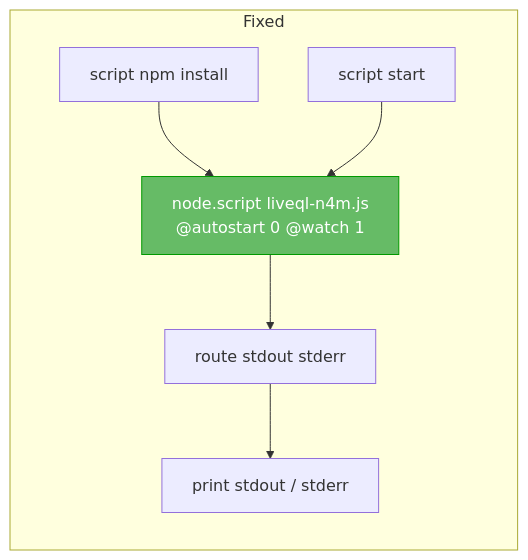
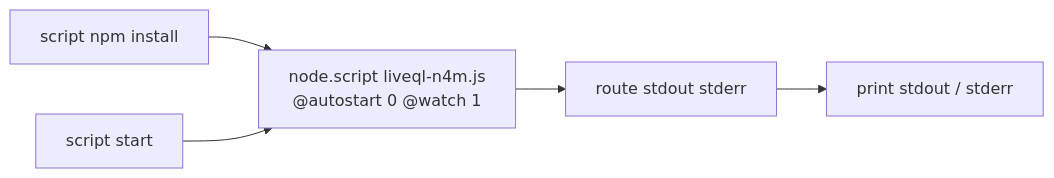
One commit to mw10013/liveql changed the diagram in docs/node-script-dot-error-research.md. Above: the diagram before and after it, drawn with Mermaid. The commit also changed other lines of this file and 1 other file, not shown here.

Commit message:
fix: resolve node.script error by routing npm install to main object and update liveql.amxd

````diff
--- a/docs/node-script-dot-error-research.md
+++ b/docs/node-script-dot-error-research.md
@@ -82,17 +27,7 @@
 ```mermaid
 flowchart LR
-  subgraph FIXED["Fixed"]
-    NPMI["script npm install"]
-    START["script start"]
-    MAIN["node.script liveql-n4m.js
-    @autostart 0 @watch 1"]
-    ROUTE["route stdout stderr"]
-    OUT["print stdout / stderr"]
-
-    NPMI --> MAIN
-    START --> MAIN
-    MAIN --> ROUTE --> OUT
-  end
-
-  style MAIN fill:#6b6,stroke:#090,color:#fff
+  NPMI["script npm install"] --> MAIN["node.script liveql-n4m.js
+  @autostart 0 @watch 1"]
+  START["script start"] --> MAIN
+  MAIN --> ROUTE["route stdout stderr"] --> OUT["print stdout / stderr"]
 ```
````
